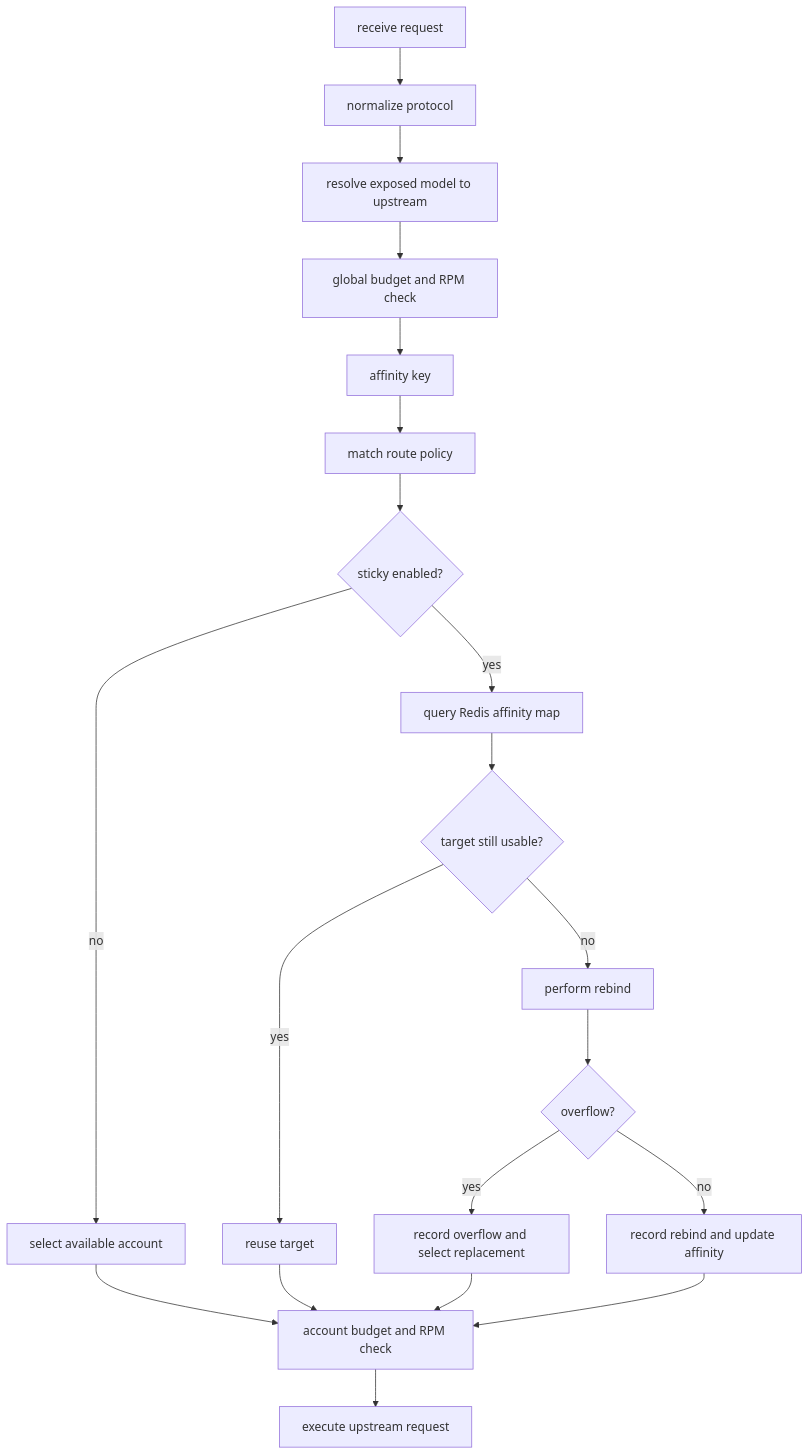
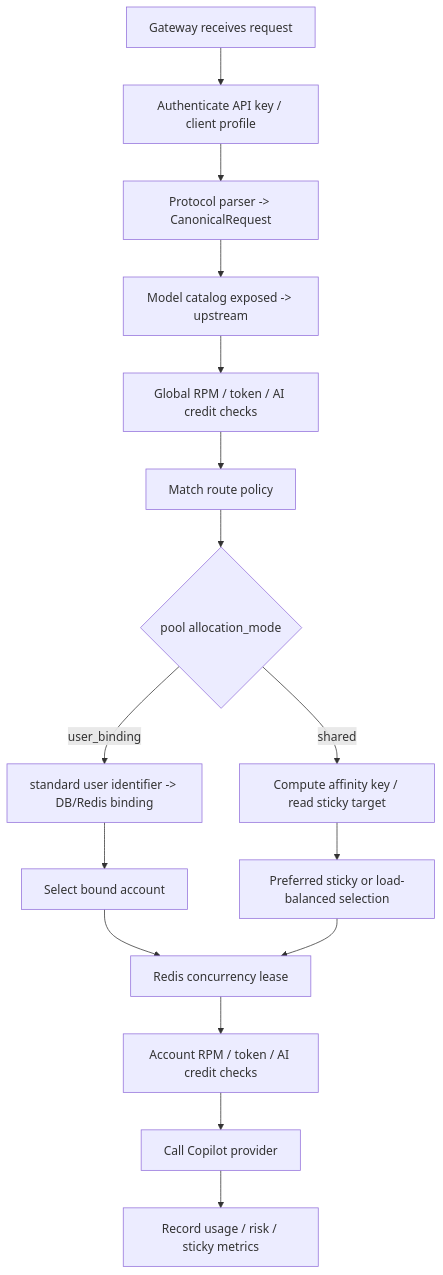
One commit to pczhao1210/ghcp-pool-proxy changed the diagram in docs/routing.en.md. Above: the diagram before and after it, drawn with Mermaid. The commit also changed other lines of this file and 18 other files, not shown here.

````diff
--- a/docs/routing.en.md
+++ b/docs/routing.en.md
@@ -32,22 +7,18 @@
 ```mermaid
 flowchart TD
-  A["receive request"] --> B["normalize protocol"]
-  B --> C["resolve exposed model to upstream"]
-  C --> D["global budget and RPM check"]
-  D --> E["affinity key"]
-  E --> F["match route policy"]
-  F --> G{"sticky enabled?"}
-  G -->|"no"| H["select available account"]
-  G -->|"yes"| I["query Redis affinity map"]
-  I --> J{"target still usable?"}
-  J -->|"yes"| K["reuse target"]
-  J -->|"no"| L["perform rebind"]
-  L --> M{"overflow?"}
-  M -->|"yes"| N["record overflow and select replacement"]
-  M -->|"no"| O["record rebind and update affinity"]
-  K --> P["account budget and RPM check"]
-  H --> P
-  N --> P
-  O --> P
-  P --> Q["execute upstream request"]
+  A["Gateway receives request"] --> B["Authenticate API key / client profile"]
+  B --> C["Protocol parser -> CanonicalRequest"]
+  C --> D["Model catalog exposed -> upstream"]
+  D --> E["Global RPM / token / AI credit checks"]
+  E --> F["Match route policy"]
+  F --> G{"pool allocation_mode"}
+  G -->|"user_binding"| H["standard user identifier -> DB/Redis binding"]
+  G -->|"shared"| I["Compute affinity key / read sticky target"]
+  H --> J["Select bound account"]
+  I --> K["Preferred sticky or load-balanced selection"]
+  J --> L["Redis concurrency lease"]
+  K --> L
+  L --> M["Account RPM / token / AI credit checks"]
+  M --> N["Call Copilot provider"]
+  N --> O["Record usage / risk / sticky metrics"]
 ```
````
